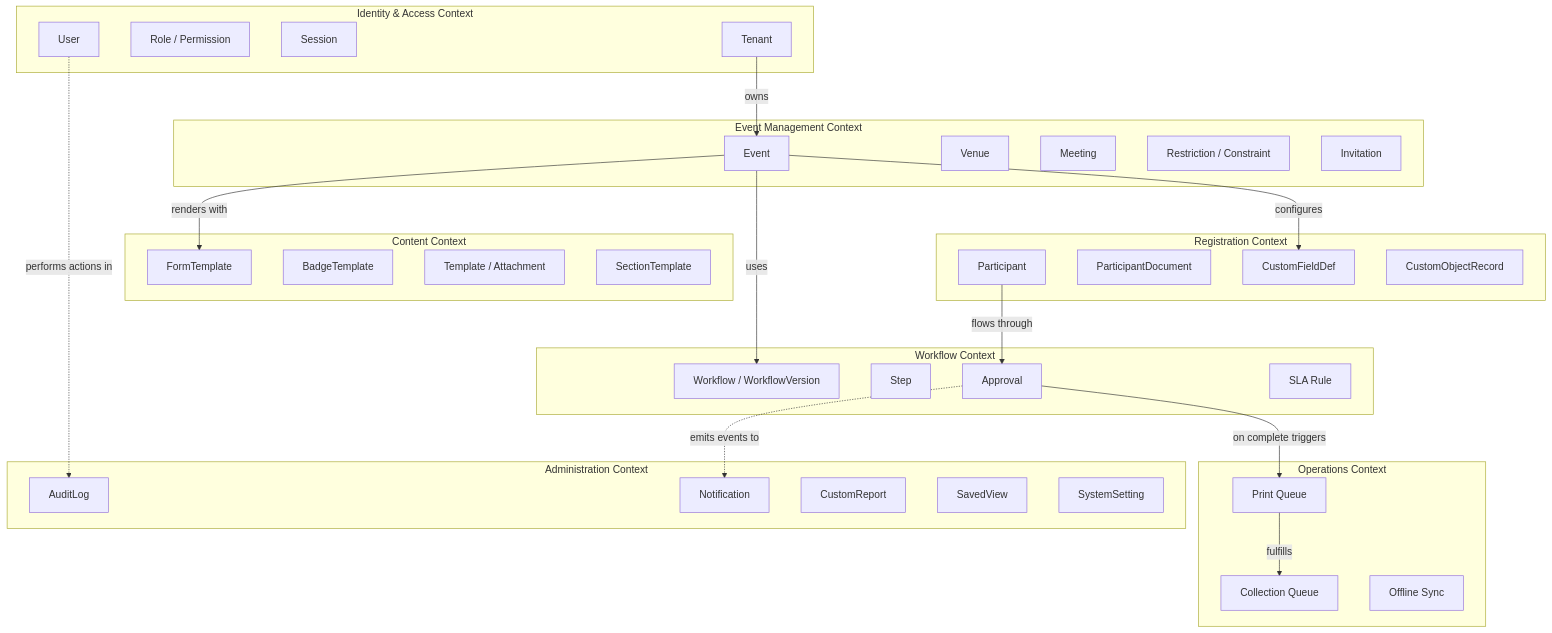
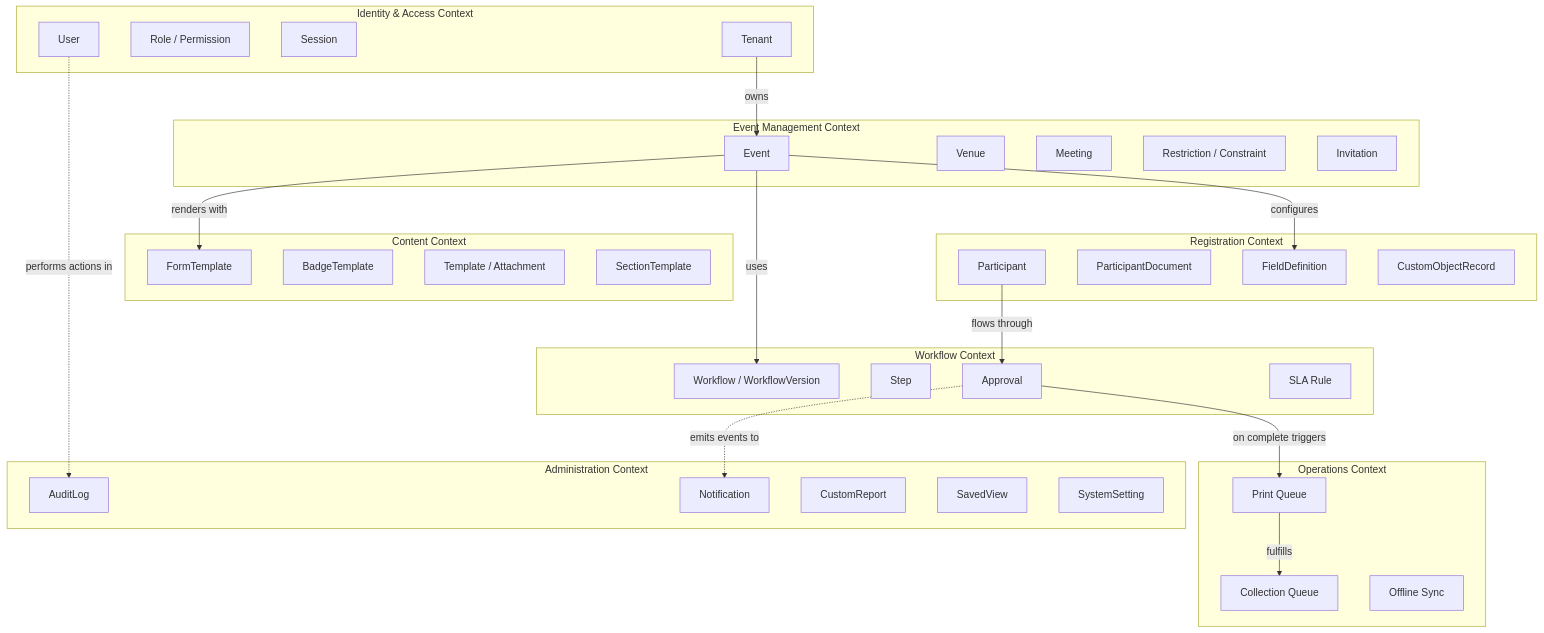
One commit to binalfew/events changed the fifth of 7 diagrams in docs/modules/00-ARCHITECTURE-OVERVIEW.md. Above: the diagram before and after it, drawn with Mermaid. The commit also changed other lines of this file and 44 other files, not shown here.

````diff
--- a/docs/modules/00-ARCHITECTURE-OVERVIEW.md
+++ b/docs/modules/00-ARCHITECTURE-OVERVIEW.md
@@ -615,63 +615,63 @@
 ```mermaid
 graph TB
     subgraph "Identity & Access Context"
         IAC_U[User]
         IAC_R[Role / Permission]
         IAC_S[Session]
         IAC_T[Tenant]
     end
 
     subgraph "Event Management Context"
         EMC_E[Event]
         EMC_V[Venue]
         EMC_M[Meeting]
         EMC_R[Restriction / Constraint]
         EMC_I[Invitation]
     end
 
     subgraph "Registration Context"
         REG_P[Participant]
         REG_D[ParticipantDocument]
-        REG_F[CustomFieldDef]
+        REG_F[FieldDefinition]
         REG_CO[CustomObjectRecord]
     end
 
     subgraph "Workflow Context"
         WF_W[Workflow / WorkflowVersion]
         WF_S[Step]
         WF_A[Approval]
         WF_SLA[SLA Rule]
     end
 
     subgraph "Content Context"
         CNT_FT[FormTemplate]
         CNT_BT[BadgeTemplate]
         CNT_T[Template / Attachment]
         CNT_ST[SectionTemplate]
     end
 
     subgraph "Operations Context"
         OPS_BQ[Print Queue]
         OPS_CQ[Collection Queue]
         OPS_OFF[Offline Sync]
     end
 
     subgraph "Administration Context"
         ADM_AL[AuditLog]
         ADM_N[Notification]
         ADM_R[CustomReport]
         ADM_SV[SavedView]
         ADM_SS[SystemSetting]
     end
 
     IAC_T -->|"owns"| EMC_E
     EMC_E -->|"configures"| REG_F
     EMC_E -->|"uses"| WF_W
     EMC_E -->|"renders with"| CNT_FT
     REG_P -->|"flows through"| WF_A
     WF_A -->|"on complete triggers"| OPS_BQ
     OPS_BQ -->|"fulfills"| OPS_CQ
 
     IAC_U -.->|"performs actions in"| ADM_AL
     WF_A -.->|"emits events to"| ADM_N
 ```
````
